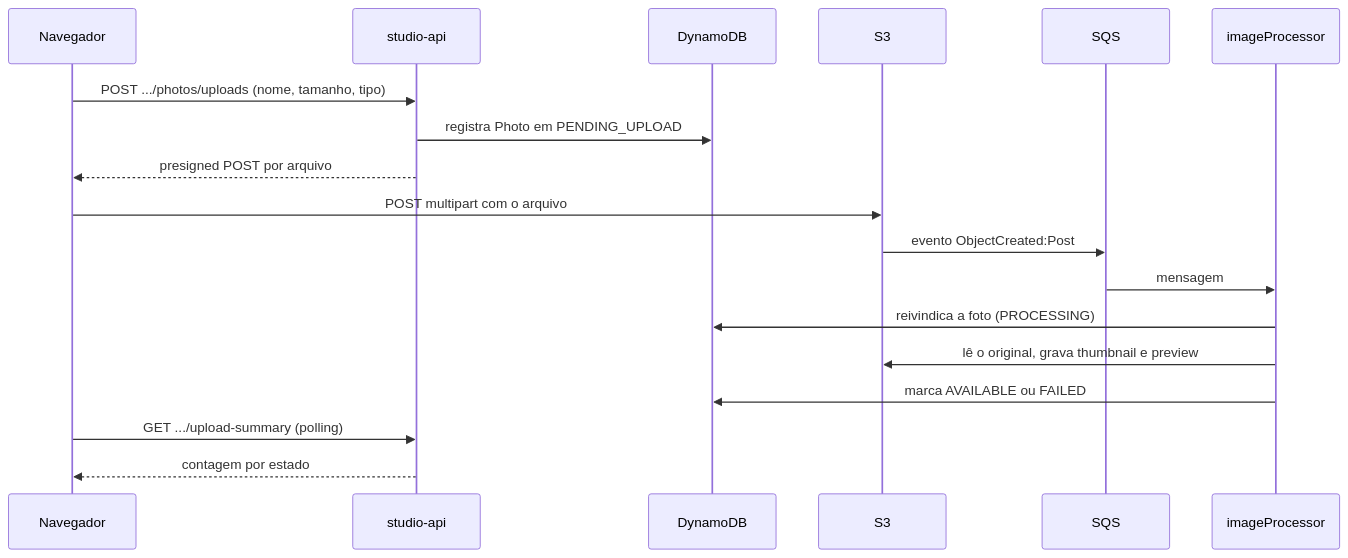
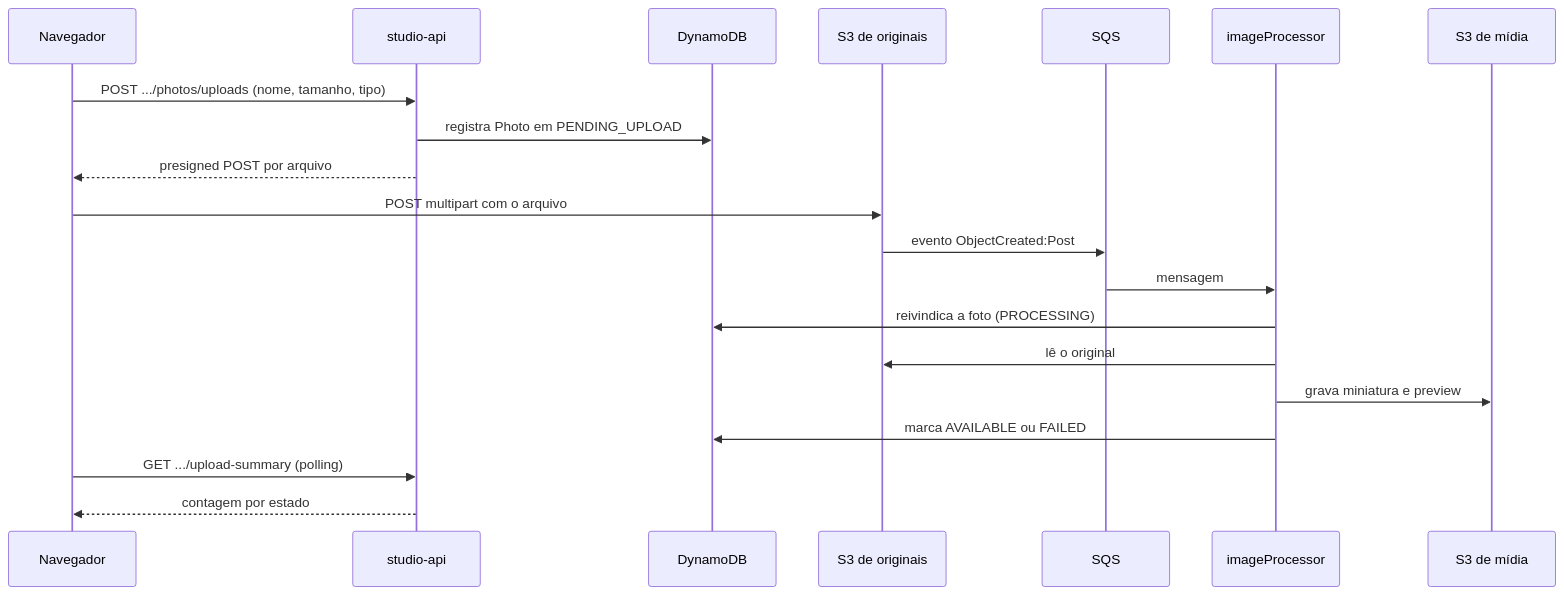
Before and after one commit to andreselva/lumora-docs: the fourth of 5 diagrams in developers/architecture/overview.mdx, drawn with Mermaid. The commit also changed other lines of this file and 6 other files, not shown here.

First line of the commit message:
docs(architecture): atualiza as cinco páginas de arquitetura ao código atual

````diff
--- a/developers/architecture/overview.mdx
+++ b/developers/architecture/overview.mdx
@@ -85,21 +147,23 @@
 ```mermaid
 sequenceDiagram
   participant B as Navegador
   participant A as studio-api
   participant D as DynamoDB
-  participant S as S3
+  participant S as S3 de originais
   participant Q as SQS
   participant I as imageProcessor
+  participant M as S3 de mídia
 
   B->>A: POST .../photos/uploads (nome, tamanho, tipo)
   A->>D: registra Photo em PENDING_UPLOAD
   A-->>B: presigned POST por arquivo
   B->>S: POST multipart com o arquivo
   S->>Q: evento ObjectCreated:Post
   Q->>I: mensagem
   I->>D: reivindica a foto (PROCESSING)
-  I->>S: lê o original, grava thumbnail e preview
+  I->>S: lê o original
+  I->>M: grava miniatura e preview
   I->>D: marca AVAILABLE ou FAILED
   B->>A: GET .../upload-summary (polling)
   A-->>B: contagem por estado
 ```
````
